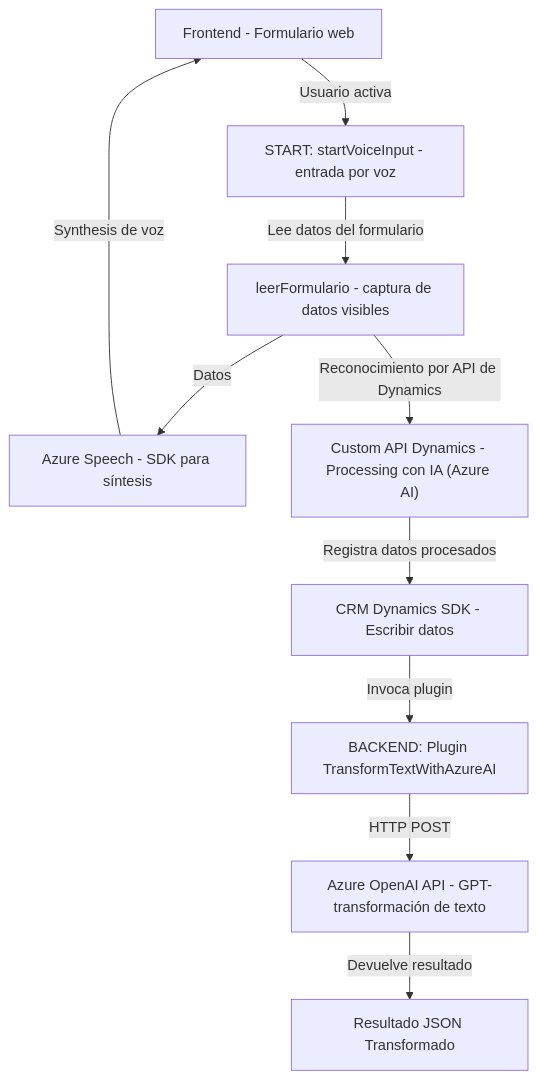
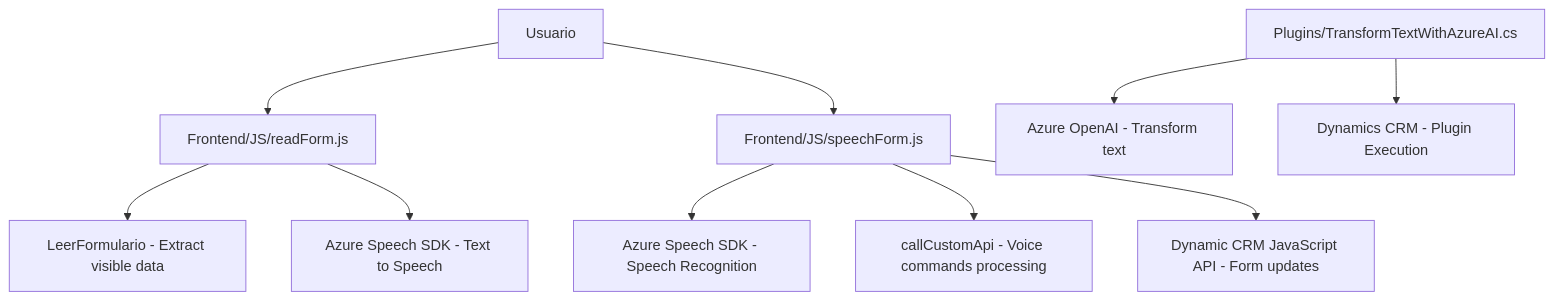
The diagram in README.md (blopezdm/NETCORE_BILBAO2025), drawn with Mermaid before and after one commit. The commit also changed other lines of this file, not shown here.

Commit message:
Actualizar análisis global de la solución con IA

````diff
--- a/README.md
+++ b/README.md
@@ -63,22 +39,12 @@
 ```mermaid
 graph TD
-    A["Frontend - Formulario web"]
-    B["START: startVoiceInput - entrada por voz"]
-    C["leerFormulario - captura de datos visibles"]
-    D["Azure Speech - SDK para síntesis"]
-    E["Custom API Dynamics - Processing con IA (Azure AI)"]
-    F["CRM Dynamics SDK - Escribir datos"]
-    G["BACKEND: Plugin TransformTextWithAzureAI"]
-    H["Azure OpenAI API - GPT-transformación de texto"]
-    I["Resultado JSON Transformado"]
-
-    A -->|Usuario activa| B
-    B -->|Lee datos del formulario| C
-    C -->|Datos| D
-    D -->|Synthesis de voz| A
-    C -->|Reconocimiento por API de Dynamics| E
-    E -->|Registra datos procesados| F
-    F -->|Invoca plugin| G
-    G -->|HTTP POST| H
-    H -->|Devuelve resultado| I
+    A["Usuario"] --> B["Frontend/JS/readForm.js"]
+    A["Usuario"] --> C["Frontend/JS/speechForm.js"]
+    B --> D["LeerFormulario - Extract visible data"]
+    B --> E["Azure Speech SDK - Text to Speech"]
+    C --> F["Azure Speech SDK - Speech Recognition"]
+    C --> G["callCustomApi - Voice commands processing"]
+    C --> H["Dynamic CRM JavaScript API - Form updates"]
+    I["Plugins/TransformTextWithAzureAI.cs"] --> J["Azure OpenAI - Transform text"]
+    I["Plugins/TransformTextWithAzureAI.cs"] --> K["Dynamics CRM - Plugin Execution"]
 ```
````
